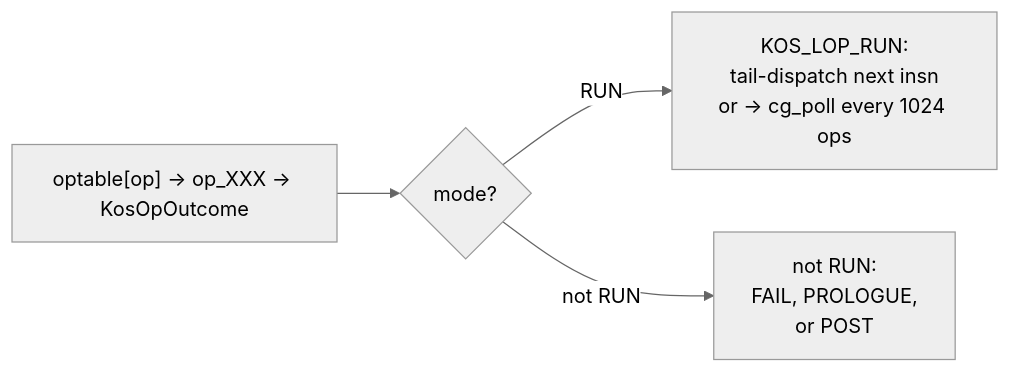
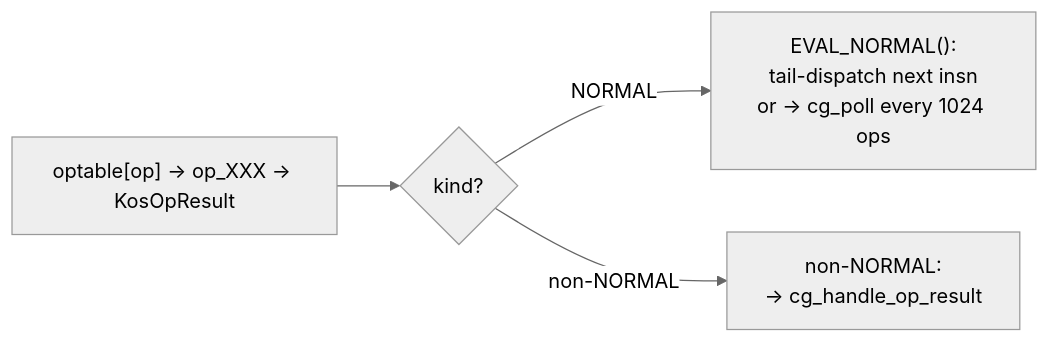
The sixth of 11 diagrams in design/EVALUATOR.md (koskari-lang/koskari), drawn with Mermaid (neutral theme) before and after one commit. The commit also changed other lines of this file and 4 other files, not shown here.

First line of the commit message:
Step 4: refresh design docs to reflect completed KosOpResult migration.

````diff
--- a/design/EVALUATOR.md
+++ b/design/EVALUATOR.md
@@ -350,11 +349,11 @@
 ```mermaid
 flowchart LR
-    dispatch["optable[op] → op_XXX → KosOpOutcome"]
-    mode{"mode?"}
-    fast["KOS_LOP_RUN:<br/>tail-dispatch next insn<br/>or → cg_poll every 1024 ops"]
-    other["not RUN:<br/>FAIL, PROLOGUE,<br/>or POST"]
+    dispatch["optable[op] → op_XXX → KosOpResult"]
+    kind{"kind?"}
+    fast["EVAL_NORMAL():<br/>tail-dispatch next insn<br/>or → cg_poll every 1024 ops"]
+    other["non-NORMAL:<br/>→ cg_handle_op_result"]
 
-    dispatch --> mode
-    mode -->|RUN| fast
-    mode -->|not RUN| other
+    dispatch --> kind
+    kind -->|NORMAL| fast
+    kind -->|non-NORMAL| other
 ```
````
